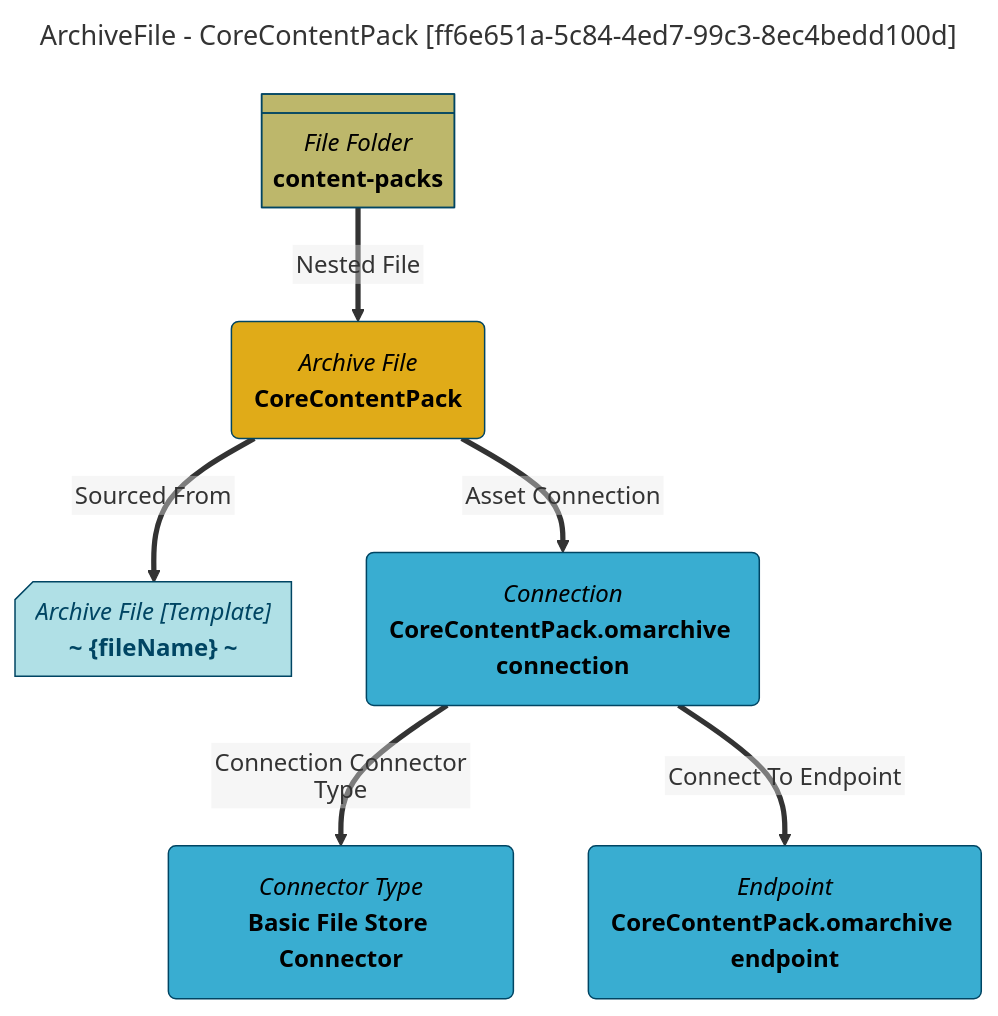
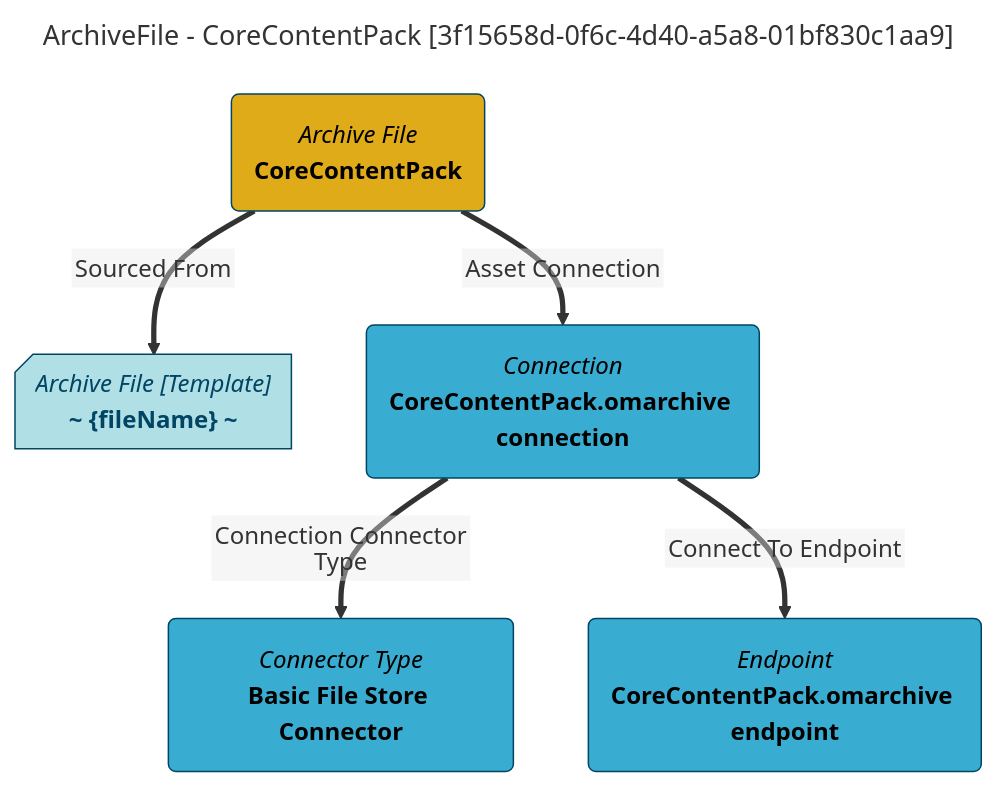
Before and after one commit to odpi/egeria-docs: the diagram in site/snippets/data-assets/corecontentpack-mermaid-graph.md, drawn with Mermaid. The commit also changed 2201 other files, not shown here.

````diff
--- a/site/snippets/data-assets/corecontentpack-mermaid-graph.md
+++ b/site/snippets/data-assets/corecontentpack-mermaid-graph.md
@@ -1,31 +1,27 @@
 ```mermaid
 ---
-title: ArchiveFile - CoreContentPack [ff6e651a-5c84-4ed7-99c3-8ec4bedd100d]
+title: ArchiveFile - CoreContentPack [3f15658d-0f6c-4d40-a5a8-01bf830c1aa9]
 ---
 flowchart TD
 %%{init: {"flowchart": {"htmlLabels": false}} }%%
 
 1@{ shape: rounded, label: "*Archive File*
 **CoreContentPack**"}
 2@{ shape: card, label: "*Archive File [Template]*
 **~ {fileName} ~**"}
 1==>|"Sourced From"|2
 3@{ shape: rounded, label: "*Connection*
 **CoreContentPack.omarchive connection**"}
 1==>|"Asset Connection"|3
 4@{ shape: rounded, label: "*Connector Type*
 **Basic File Store Connector**"}
 3==>|"Connection Connector Type"|4
 5@{ shape: rounded, label: "*Endpoint*
 **CoreContentPack.omarchive endpoint**"}
 3==>|"Connect To Endpoint"|5
-6@{ shape: div-rect, label: "*File Folder*
-**content-packs**"}
-6==>|"Nested File"|1
 style 1 color:#000000, fill:#e0ab18, stroke:#004563
 style 2 color:#004563, fill:#b0e0e6, stroke:#004563
 style 3 color:#000000, fill:#39add1, stroke:#004563
 style 4 color:#000000, fill:#39add1, stroke:#004563
 style 5 color:#000000, fill:#39add1, stroke:#004563
-style 6 color:#000000, fill:#bdb76b, stroke:#004563
 ```
````
